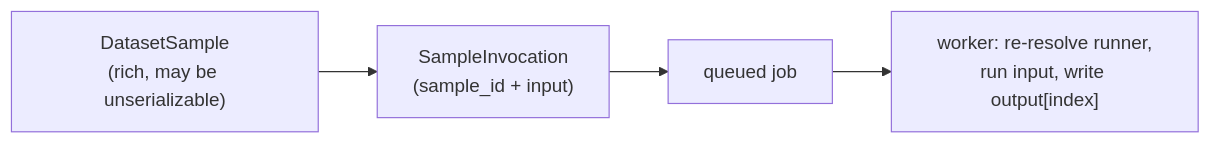
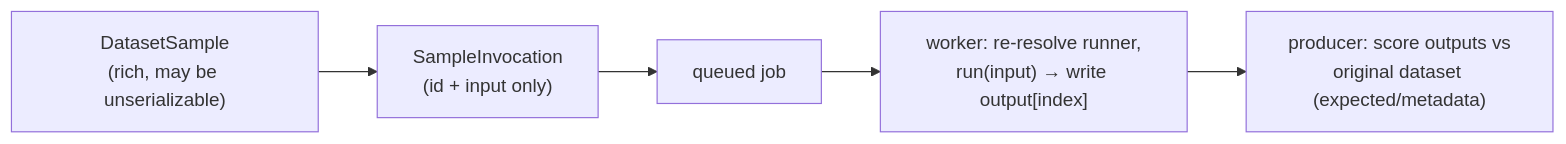
Before and after one commit to padosoft/eval-harness: the second of 2 diagrams in docs-site/architecture/evaluation-pipeline.mdx, drawn with Mermaid. The commit also changed other lines of this file and 2 other files, not shown here.

````diff
--- a/docs-site/architecture/evaluation-pipeline.mdx
+++ b/docs-site/architecture/evaluation-pipeline.mdx
@@ -69,6 +72,7 @@
 ```mermaid
 flowchart LR
-    DS["DatasetSample<br/>(rich, may be unserializable)"] --> DTO["SampleInvocation<br/>(sample_id + input)"]
+    DS["DatasetSample<br/>(rich, may be unserializable)"] --> DTO["SampleInvocation<br/>(id + input only)"]
     DTO --> JOB["queued job"]
-    JOB --> W["worker: re-resolve runner,<br/>run input, write output[index]"]
+    JOB --> W["worker: re-resolve runner,<br/>run(input) → write output[index]"]
+    W --> PROD["producer: score outputs vs<br/>original dataset (expected/metadata)"]
 ```
````
